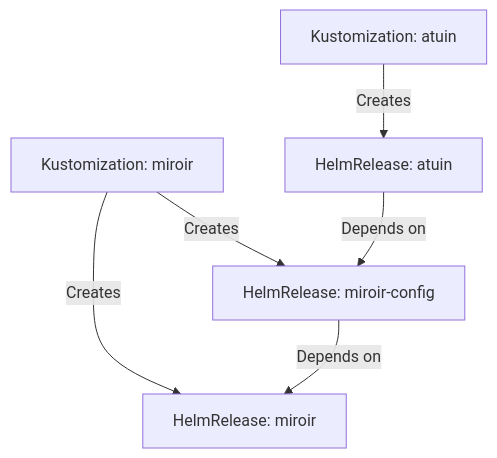
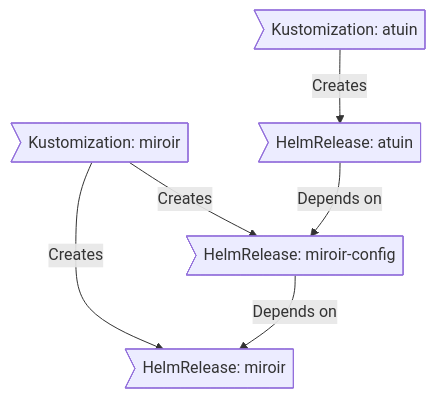
Before and after one commit to solanyn/home-ops: the diagram in README.md, drawn with Mermaid. The commit also changed other lines of this file, not shown here.

````diff
--- a/README.md
+++ b/README.md
@@ -122,8 +85,8 @@
 ```mermaid
 graph TD
-    A[Kustomization: miroir] -->|Creates| B[HelmRelease: miroir]
-    A[Kustomization: miroir] -->|Creates| C[HelmRelease: miroir-config]
-    C[HelmRelease: miroir-config] -->|Depends on| B[HelmRelease: miroir]
-    D[Kustomization: atuin] -->|Creates| E(HelmRelease: atuin)
-    E[HelmRelease: atuin] -->|Depends on| C[HelmRelease: miroir-config]
+    A>Kustomization: miroir] -->|Creates| B[HelmRelease: miroir]
+    A>Kustomization: miroir] -->|Creates| C[HelmRelease: miroir-config]
+    C>HelmRelease: miroir-config] -->|Depends on| B>HelmRelease: miroir]
+    D>Kustomization: atuin] -->|Creates| E(HelmRelease: atuin)
+    E>HelmRelease: atuin] -->|Depends on| C>HelmRelease: miroir-config]
 ```
````
